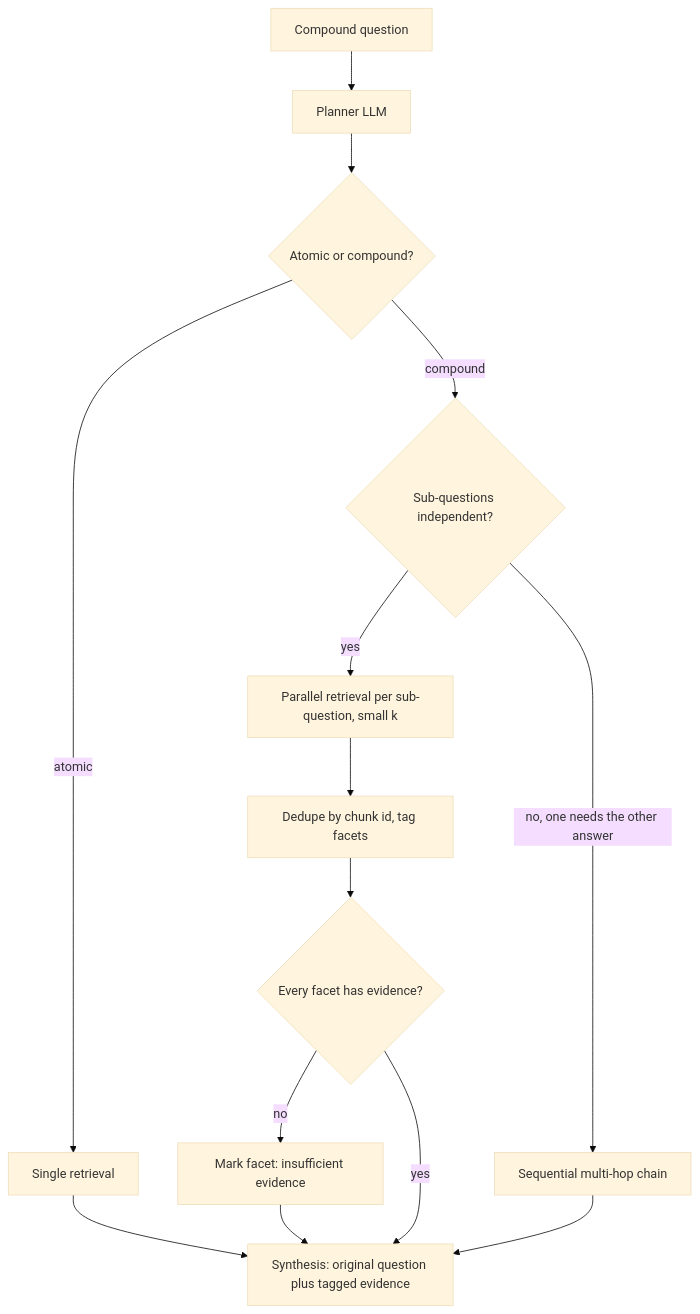
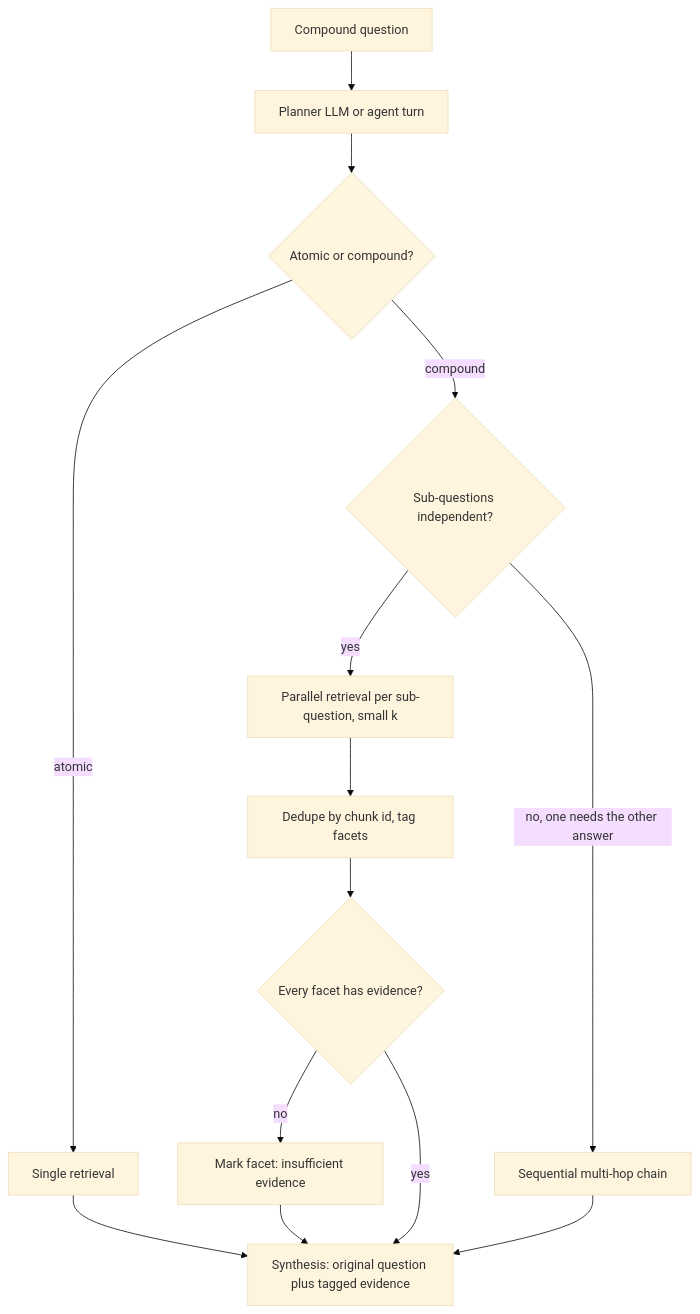
One commit to lovishmahajan97/agentic-learning changed the diagram in content/rag-retrieval/query-decomposition.md. Above: the diagram before and after it, drawn with Mermaid (base theme). The commit also changed other lines of this file and 266 other files, not shown here.

````diff
--- a/content/rag-retrieval/query-decomposition.md
+++ b/content/rag-retrieval/query-decomposition.md
@@ -105,16 +132,16 @@
 ```mermaid
 flowchart TD
-    Q["Compound question"] --> PL["Planner LLM"]
+    Q["Compound question"] --> PL["Planner LLM or agent turn"]
     PL --> A{"Atomic or compound?"}
     A -->|"atomic"| S["Single retrieval"]
     A -->|"compound"| D{"Sub-questions independent?"}
     D -->|"yes"| F["Parallel retrieval per sub-question, small k"]
     D -->|"no, one needs the other answer"| MH["Sequential multi-hop chain"]
     F --> M["Dedupe by chunk id, tag facets"]
     M --> E{"Every facet has evidence?"}
     E -->|"no"| N["Mark facet: insufficient evidence"]
     E -->|"yes"| SY["Synthesis: original question plus tagged evidence"]
     N --> SY
     S --> SY
     MH --> SY
 ```
````
